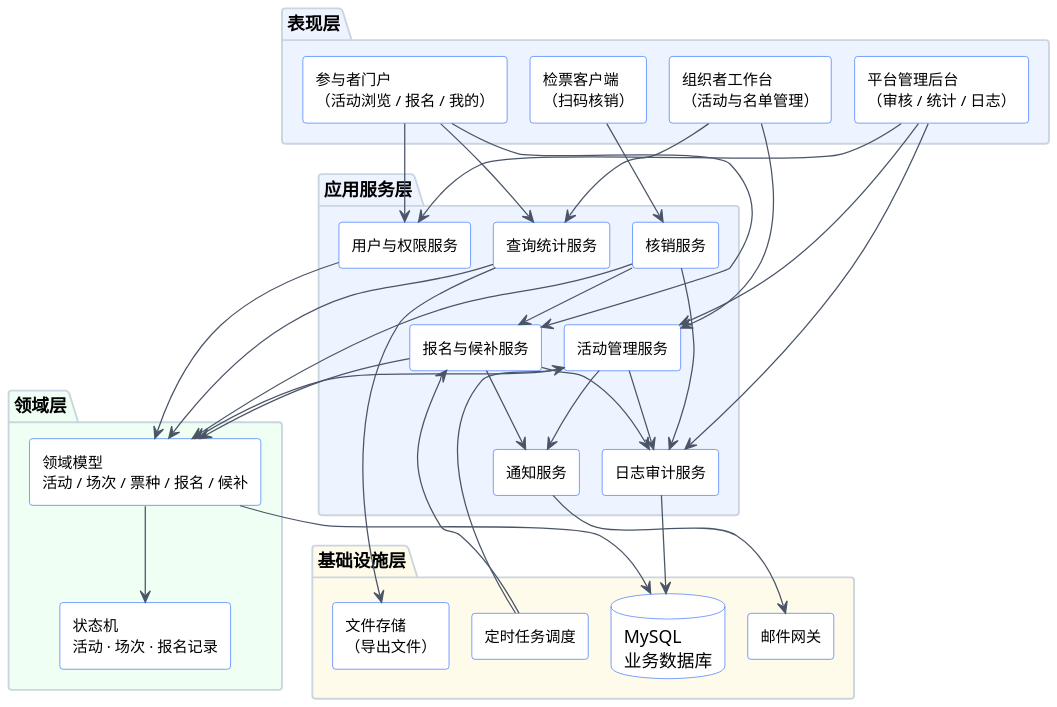
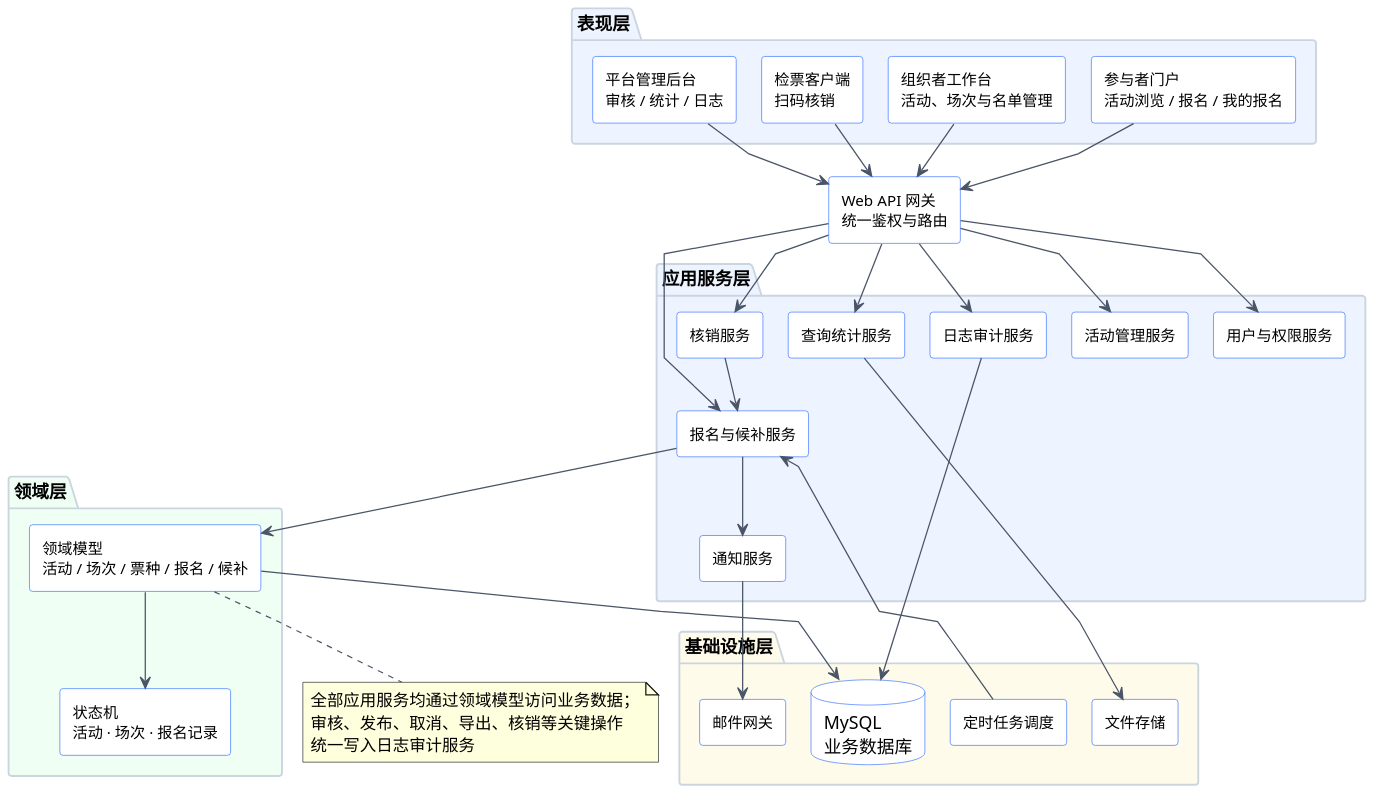
Before and after one commit to 2cyclyx/SE-labs: the diagram in lab2-软件设计与建模/UML/UML组件图.puml, drawn with PlantUML. The commit also changed 3 other files, not shown here.

First line of the commit message:
fix(lab2): 人工审查第二轮——优化时序图生命线与组件图布局

```diff
--- a/lab2-软件设计与建模/UML/UML组件图.puml
+++ b/lab2-软件设计与建模/UML/UML组件图.puml
@@ -1,88 +1,88 @@
 @startuml UML组件图
 skinparam defaultFontName "Microsoft YaHei"
 skinparam dpi 150
 skinparam componentStyle rectangle
 skinparam shadowing false
-skinparam nodesep 18
-skinparam ranksep 45
+skinparam nodesep 20
+skinparam ranksep 42
 skinparam ArrowColor #4A5568
 skinparam component {
   BackgroundColor #FFFFFF
   BorderColor #2F6BFF
   FontSize 12
 }
 skinparam package {
   BackgroundColor #F7F9FC
   BorderColor #CBD5E0
   FontSize 14
 }
+skinparam linetype polyline
 skinparam database {
   BackgroundColor #FFFFFF
   BorderColor #2F6BFF
 }
 
 package "表现层" #EEF4FF {
-  [参与者门户\n（活动浏览 / 报名 / 我的）] as Portal
-  [组织者工作台\n（活动与名单管理）] as OrgConsole
-  [检票客户端\n（扫码核销）] as VerifyConsole
-  [平台管理后台\n（审核 / 统计 / 日志）] as AdminConsole
+  [参与者门户\n活动浏览 / 报名 / 我的报名] as Portal
+  [组织者工作台\n活动、场次与名单管理] as OrgConsole
+  [检票客户端\n扫码核销] as VerifyConsole
+  [平台管理后台\n审核 / 统计 / 日志] as AdminConsole
 }
+
+[Web API 网关\n统一鉴权与路由] as Gateway
 
 package "应用服务层" #EEF4FF {
   [用户与权限服务] as AuthSvc
   [活动管理服务] as ActivitySvc
   [报名与候补服务] as RegSvc
   [核销服务] as CheckInSvc
   [查询统计服务] as StatsSvc
   [通知服务] as NotifySvc
   [日志审计服务] as AuditSvc
 }
 
 package "领域层" #F0FFF4 {
   [领域模型\n活动 / 场次 / 票种 / 报名 / 候补] as Domain
   [状态机\n活动 · 场次 · 报名记录] as StateMachine
 }
 
 package "基础设施层" #FFFBEA {
   database "MySQL\n业务数据库" as DB
   [邮件网关] as Mail
   [定时任务调度] as Scheduler
-  [文件存储\n（导出文件）] as Storage
+  [文件存储] as Storage
 }
 
-' ---- 表现层到应用服务 ----
-Portal --> AuthSvc
-Portal --> RegSvc
-Portal --> StatsSvc
-OrgConsole --> ActivitySvc
-OrgConsole --> StatsSvc
-VerifyConsole --> CheckInSvc
-AdminConsole --> ActivitySvc
-AdminConsole --> AuthSvc
-AdminConsole --> AuditSvc
+' 表现层统一经网关进入应用服务
+Portal --> Gateway
+OrgConsole --> Gateway
+VerifyConsole --> Gateway
+AdminConsole --> Gateway
 
-' ---- 应用服务之间 ----
+Gateway --> AuthSvc
+Gateway --> ActivitySvc
+Gateway --> RegSvc
+Gateway --> CheckInSvc
+Gateway --> StatsSvc
+Gateway --> AuditSvc
+
+' 应用服务之间的核心协作
 RegSvc --> NotifySvc
 CheckInSvc --> RegSvc
-ActivitySvc --> NotifySvc
-RegSvc --> AuditSvc
-ActivitySvc --> AuditSvc
-CheckInSvc --> AuditSvc
-StatsSvc --> Storage
+RegSvc --> Domain
 
-' ---- 应用服务到领域层 ----
-AuthSvc --> Domain
-ActivitySvc --> Domain
-RegSvc --> Domain
-CheckInSvc --> Domain
-StatsSvc --> Domain
+note bottom of Domain
+  全部应用服务均通过领域模型访问业务数据；
+  审核、发布、取消、导出、核销等关键操作
+  统一写入日志审计服务
+end note
+
+' 基础设施
 Domain --> StateMachine
-
-' ---- 基础设施 ----
 Domain --> DB
 AuditSvc --> DB
 NotifySvc --> Mail
+StatsSvc --> Storage
 Scheduler --> RegSvc
-Scheduler --> ActivitySvc
 
 @enduml
```
